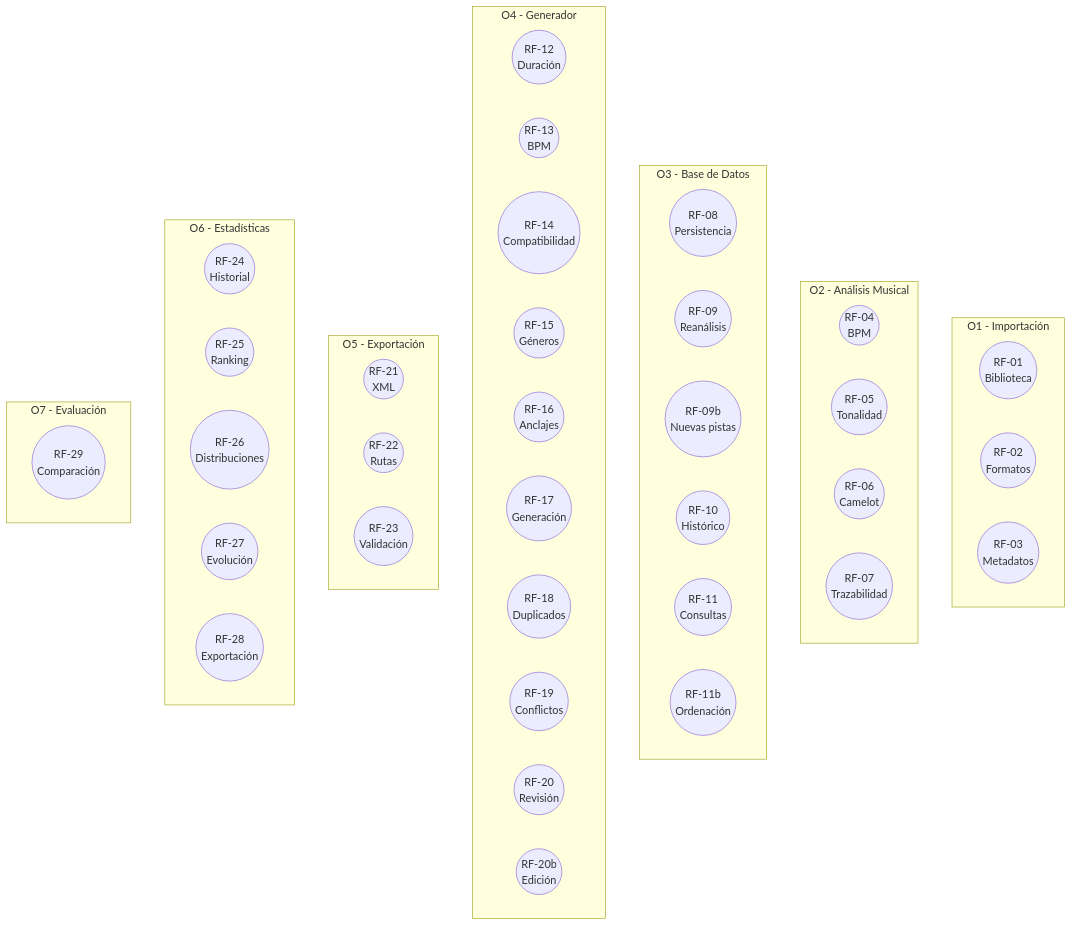
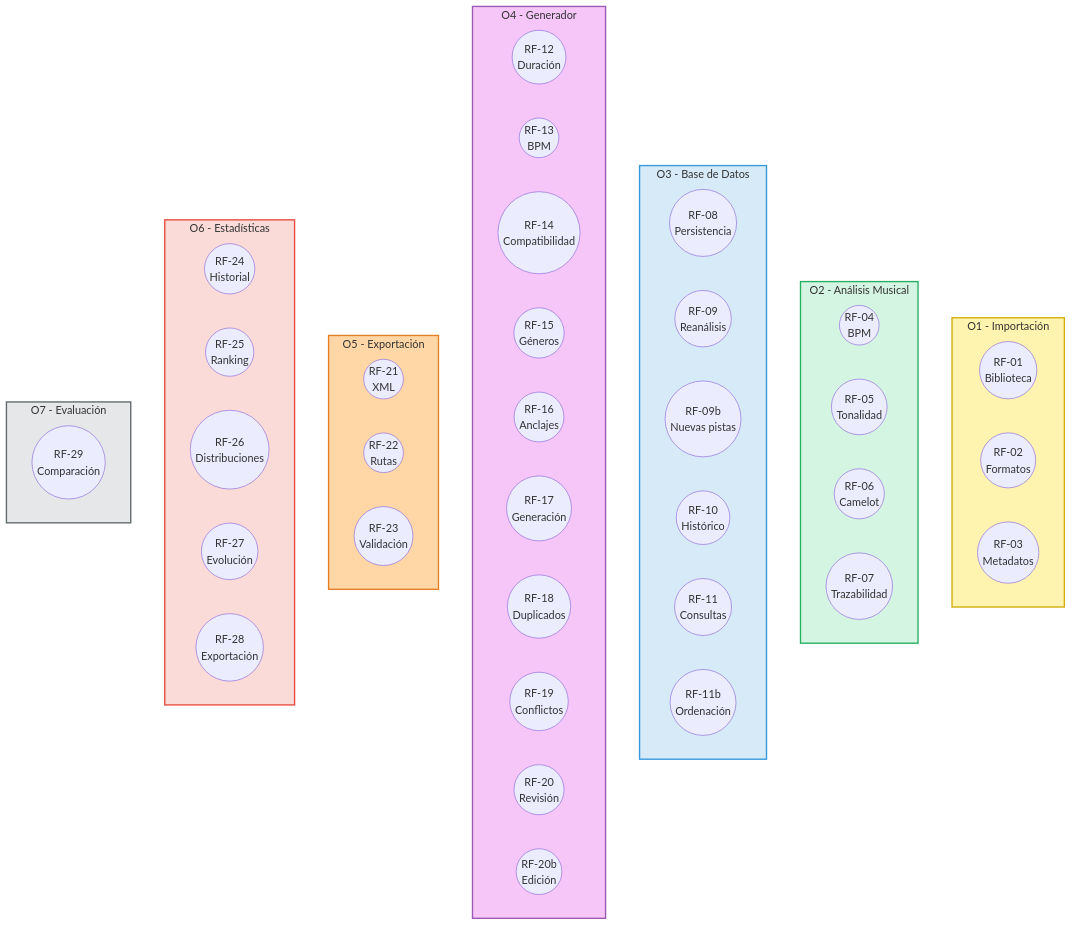
Before and after one commit to pabloo806/Trabajo-de-Fin-de-Grado: the second of 4 diagrams in docs/requirements/requirements.md, drawn with Mermaid.

Commit message:
Add styles for diagram elements in requirements.md
Added styles for various elements in the requirements diagram.

````diff
--- a/docs/requirements/requirements.md
+++ b/docs/requirements/requirements.md
@@ -145,62 +145,70 @@
 ```mermaid
 flowchart TB
     subgraph O1["O1 - Importación"]
         direction LR
         RF01(("RF-01<br/>Biblioteca"))
         RF02(("RF-02<br/>Formatos"))
         RF03(("RF-03<br/>Metadatos"))
     end
 
     subgraph O2["O2 - Análisis Musical"]
         direction LR
         RF04(("RF-04<br/>BPM"))
         RF05(("RF-05<br/>Tonalidad"))
         RF06(("RF-06<br/>Camelot"))
         RF07(("RF-07<br/>Trazabilidad"))
     end
 
     subgraph O3["O3 - Base de Datos"]
         direction LR
         RF08(("RF-08<br/>Persistencia"))
         RF09(("RF-09<br/>Reanálisis"))
         RF09B(("RF-09b<br/>Nuevas pistas"))
         RF10(("RF-10<br/>Histórico"))
         RF11(("RF-11<br/>Consultas"))
         RF11B(("RF-11b<br/>Ordenación"))
     end
 
     subgraph O4["O4 - Generador"]
         direction LR
         RF12(("RF-12<br/>Duración"))
         RF13(("RF-13<br/>BPM"))
         RF14(("RF-14<br/>Compatibilidad"))
         RF15(("RF-15<br/>Géneros"))
         RF16(("RF-16<br/>Anclajes"))
         RF17(("RF-17<br/>Generación"))
         RF18(("RF-18<br/>Duplicados"))
         RF19(("RF-19<br/>Conflictos"))
         RF20(("RF-20<br/>Revisión"))
         RF20B(("RF-20b<br/>Edición"))
     end
 
     subgraph O5["O5 - Exportación"]
         direction LR
         RF21(("RF-21<br/>XML"))
         RF22(("RF-22<br/>Rutas"))
         RF23(("RF-23<br/>Validación"))
     end
 
     subgraph O6["O6 - Estadísticas"]
         direction LR
         RF24(("RF-24<br/>Historial"))
         RF25(("RF-25<br/>Ranking"))
         RF26(("RF-26<br/>Distribuciones"))
         RF27(("RF-27<br/>Evolución"))
         RF28(("RF-28<br/>Exportación"))
     end
 
     subgraph O7["O7 - Evaluación"]
         direction LR
         RF29(("RF-29<br/>Comparación"))
     end
+
+style O1 fill:#FFF3B0,stroke:#D4AC0D,stroke-width:2px
+style O2 fill:#D5F5E3,stroke:#27AE60,stroke-width:2px
+style O3 fill:#D6EAF8,stroke:#3498DB,stroke-width:2px
+style O4 fill:#F5C6F7,stroke:#9B59B6,stroke-width:2px
+style O5 fill:#FFD6A5,stroke:#E67E22,stroke-width:2px
+style O6 fill:#FADBD8,stroke:#E74C3C,stroke-width:2px
+style O7 fill:#E5E7E9,stroke:#616A6B,stroke-width:2px
 ```
````
